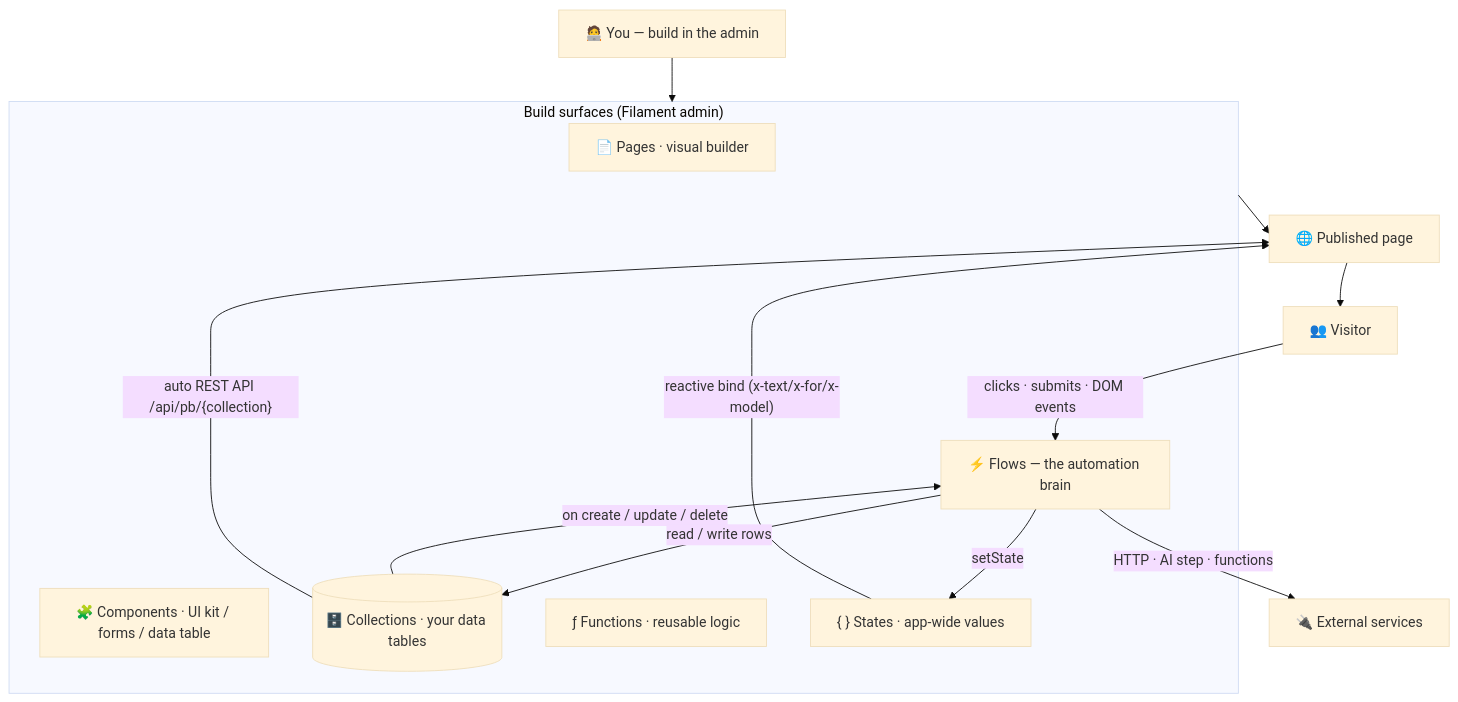
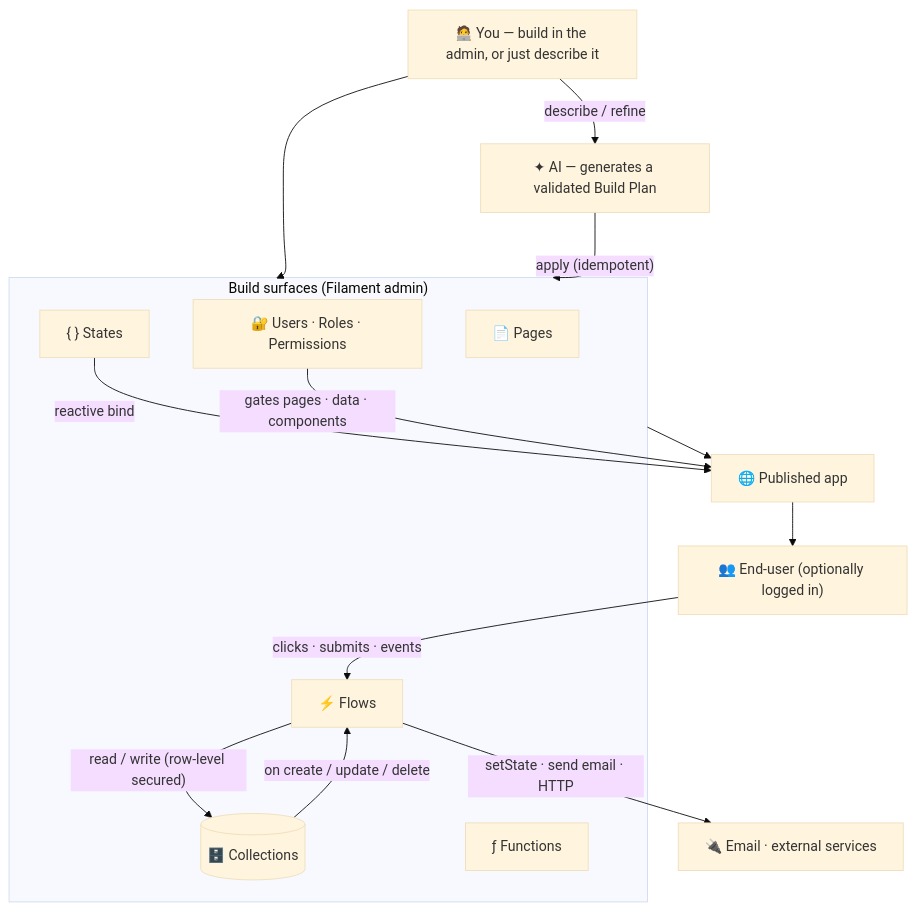
One commit to andrecorugda/synapse-app-builder changed the diagram in README.md. Above: the diagram before and after it, drawn with Mermaid (base theme). The commit also changed other lines of this file and 20 other files, not shown here.

````diff
--- a/README.md
+++ b/README.md
@@ -31,25 +71,28 @@
 ```mermaid
 flowchart TD
-    Author["🧑‍💻 You — build in the admin"]
+    You["🧑‍💻 You — build in the admin, or just describe it"]
+    AI["✦ AI — generates a validated Build Plan"]
 
     subgraph Build["Build surfaces (Filament admin)"]
-        Pages["📄 Pages · visual builder"]
-        Comp["🧩 Components · UI kit / forms / data table"]
-        Coll[("🗄️ Collections · your data tables")]
-        Fns["ƒ Functions · reusable logic"]
-        State["{ } States · app-wide values"]
-        Flows["⚡ Flows — the automation brain"]
+        Pages["📄 Pages"]
+        Coll[("🗄️ Collections")]
+        Flows["⚡ Flows"]
+        Fns["ƒ Functions"]
+        State["{ } States"]
+        Auth["🔐 Users · Roles · Permissions"]
     end
 
-    Author --> Build
-    Build --> Pub["🌐 Published page"]
-    Pub --> Visitor["👥 Visitor"]
+    You --> Build
+    You -- "describe / refine" --> AI
+    AI -- "apply (idempotent)" --> Build
 
-    Visitor -- "clicks · submits · DOM events" --> Flows
+    Build --> Pub["🌐 Published app"]
+    Pub --> Visitor["👥 End-user (optionally logged in)"]
+
+    Visitor -- "clicks · submits · events" --> Flows
     Coll -- "on create / update / delete" --> Flows
-    Flows -- "read / write rows" --> Coll
-    Flows -- "setState" --> State
-    State -- "reactive bind (x-text/x-for/x-model)" --> Pub
-    Flows -- "HTTP · AI step · functions" --> Ext["🔌 External services"]
-    Coll -- "auto REST API /api/pb/{collection}" --> Pub
+    Flows -- "read / write (row-level secured)" --> Coll
+    Flows -- "setState · send email · HTTP" --> Ext["🔌 Email · external services"]
+    State -- "reactive bind" --> Pub
+    Auth -- "gates pages · data · components" --> Pub
 ```
````
